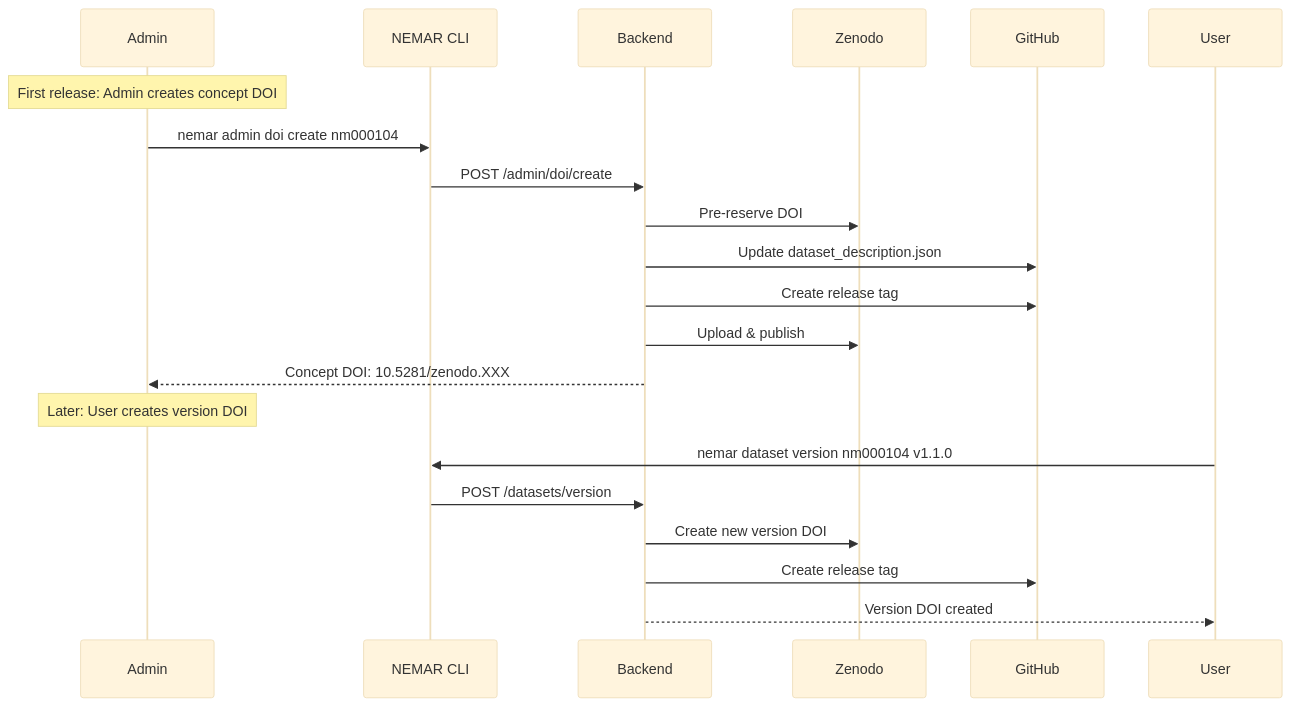
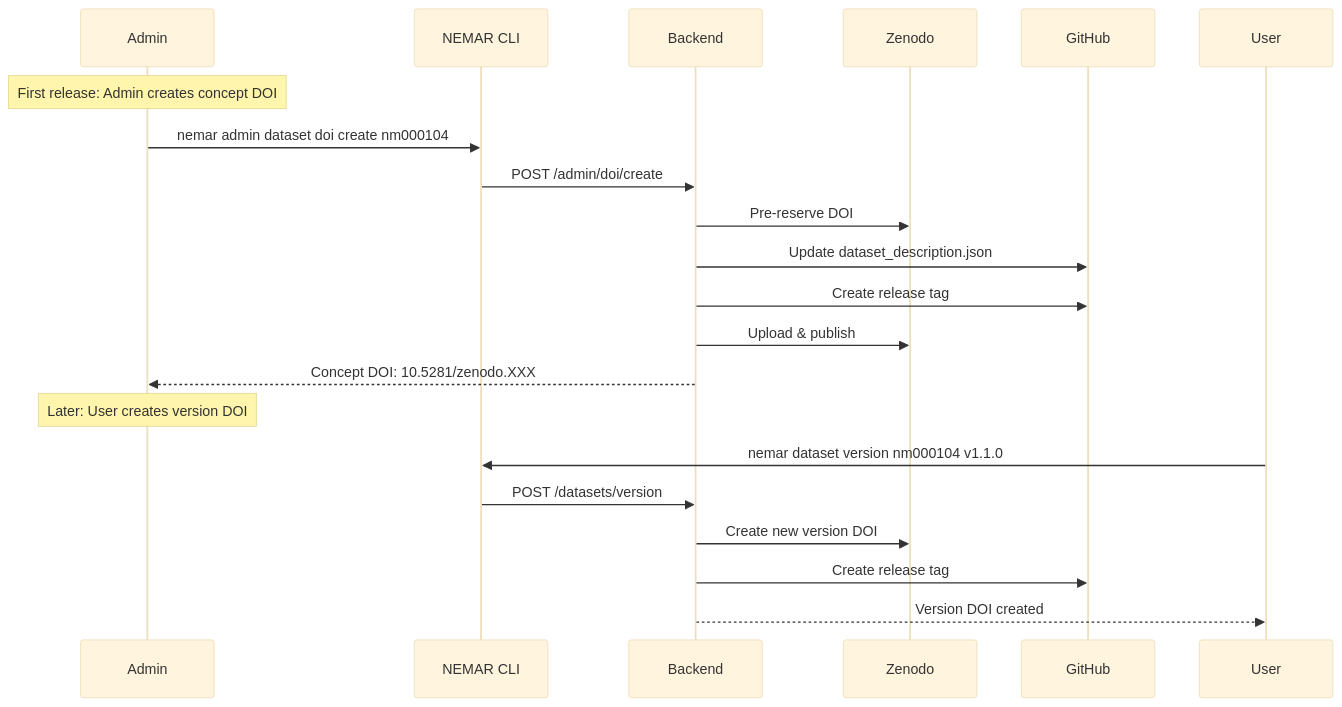
Before and after one commit to nemarOrg/nemar-cli: the sixth of 7 diagrams in README.md, drawn with Mermaid (base theme). The commit also changed other lines of this file and 6 other files, not shown here.

Commit message:
Point repo docs at admin dataset

````diff
--- a/README.md
+++ b/README.md
@@ -247,25 +247,25 @@
 ```mermaid
 sequenceDiagram
     participant A as Admin
     participant CLI as NEMAR CLI
     participant API as Backend
     participant ZEN as Zenodo
     participant GH as GitHub
 
     Note over A: First release: Admin creates concept DOI
-    A->>CLI: nemar admin doi create nm000104
+    A->>CLI: nemar admin dataset doi create nm000104
     CLI->>API: POST /admin/doi/create
     API->>ZEN: Pre-reserve DOI
     API->>GH: Update dataset_description.json
     API->>GH: Create release tag
     API->>ZEN: Upload & publish
     API-->>A: Concept DOI: 10.5281/zenodo.XXX
 
     Note over A: Later: User creates version DOI
     participant U as User
     U->>CLI: nemar dataset version nm000104 v1.1.0
     CLI->>API: POST /datasets/version
     API->>ZEN: Create new version DOI
     API->>GH: Create release tag
     API-->>U: Version DOI created
 ```
````
